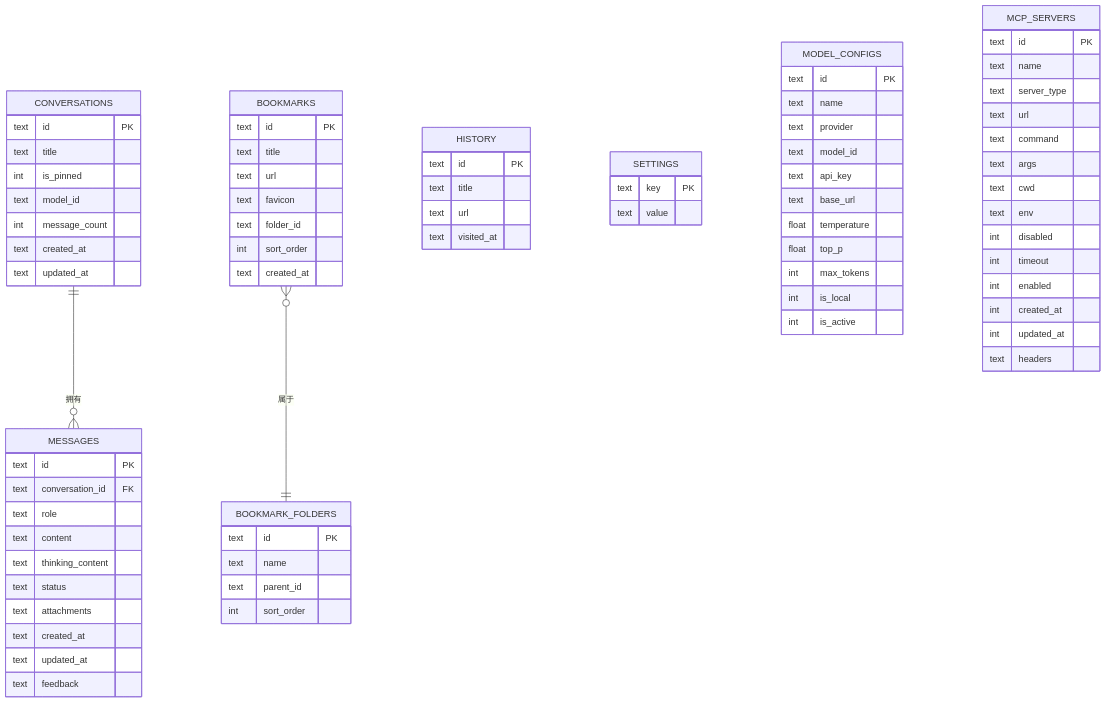
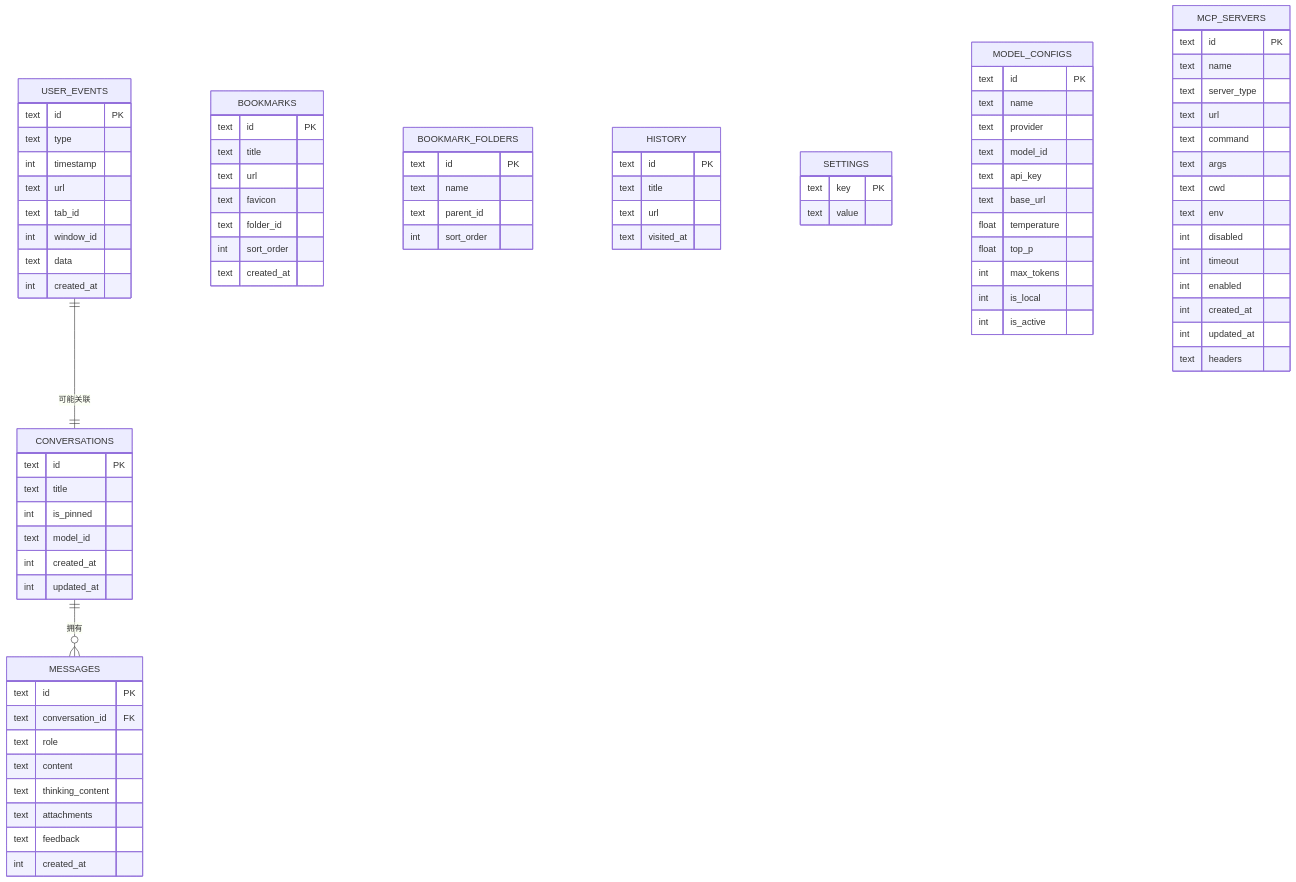
Before and after one commit to baike08/cosurf: the fourth of 5 diagrams in .qoder/repowiki/zh/content/数据库设计/数据库设计.md, drawn with Mermaid. The commit also changed other lines of this file and 23 other files, not shown here.

````diff
--- a/.qoder/repowiki/zh/content/数据库设计/数据库设计.md
+++ b/.qoder/repowiki/zh/content/数据库设计/数据库设计.md
@@ -271,9 +195,8 @@
 text title
 int is_pinned
 text model_id
-int message_count
-text created_at
-text updated_at
+int created_at
+int updated_at
 }
 MESSAGES {
 text id PK
@@ -281,11 +204,19 @@
 text role
 text content
 text thinking_content
-text status
 text attachments
-text created_at
-text updated_at
 text feedback
+int created_at
+}
+USER_EVENTS {
+text id PK
+text type
+int timestamp
+text url
+text tab_id
+int window_id
+text data
+int created_at
 }
 BOOKMARKS {
 text id PK
@@ -342,5 +273,5 @@
 text headers
 }
 CONVERSATIONS ||--o{ MESSAGES : "拥有"
-BOOKMARKS }o--|| BOOKMARK_FOLDERS : "属于"
+USER_EVENTS ||--|| CONVERSATIONS : "可能关联"
 ```
````
